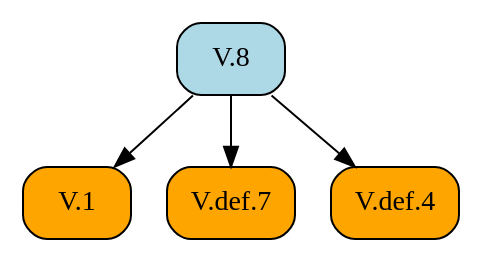
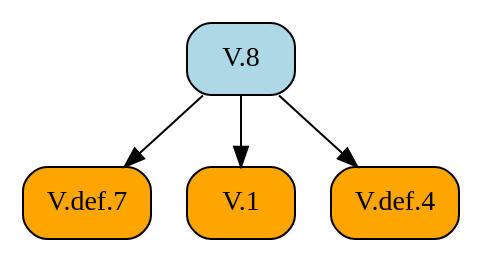
One commit to geometor/elements changed the diagram in docsrc/elements2/V/8/index.rst. Above: the diagram before and after it, drawn with Graphviz. The commit also changed other lines of this file and 171 other files, not shown here.

```diff
--- a/docsrc/elements2/V/8/index.rst
+++ b/docsrc/elements2/V/8/index.rst
@@ -108,13 +108,13 @@
 .. graphviz::
 
    digraph {
      rankdir="TB";
      node [shape=box, style=rounded];
+     "V.def.7" [style="rounded,filled", fillcolor=orange, URL="/elements2/V/def.7/", target="_top"];
      "V.1" [style="rounded,filled", fillcolor=orange, URL="/elements2/V/1/", target="_top"];
-     "V.def.7" [style="rounded,filled", fillcolor=orange, URL="/elements2/V/def.7/", target="_top"];
+     "V.8" [style="rounded,filled", fillcolor=lightblue, URL="/elements2/V/8/", target="_top"];
      "V.def.4" [style="rounded,filled", fillcolor=orange, URL="/elements2/V/def.4/", target="_top"];
-     "V.8" [style="rounded,filled", fillcolor=lightblue, URL="/elements2/V/8/", target="_top"];
+     "V.8" -> "V.def.7";
      "V.8" -> "V.1";
-     "V.8" -> "V.def.7";
      "V.8" -> "V.def.4";
    }
```
